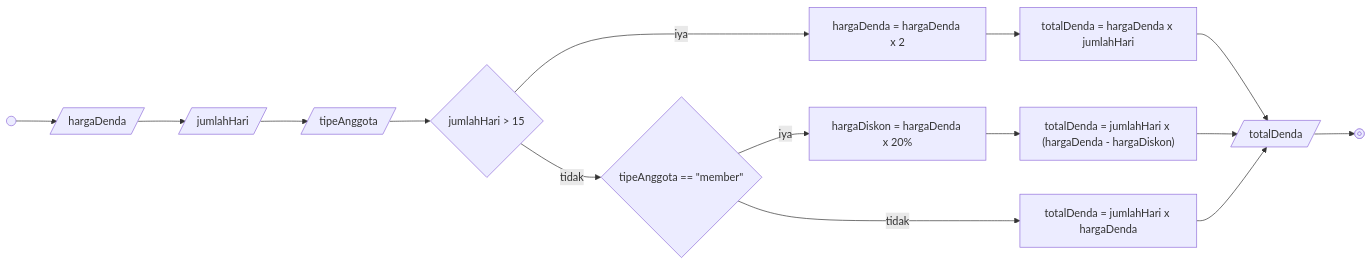
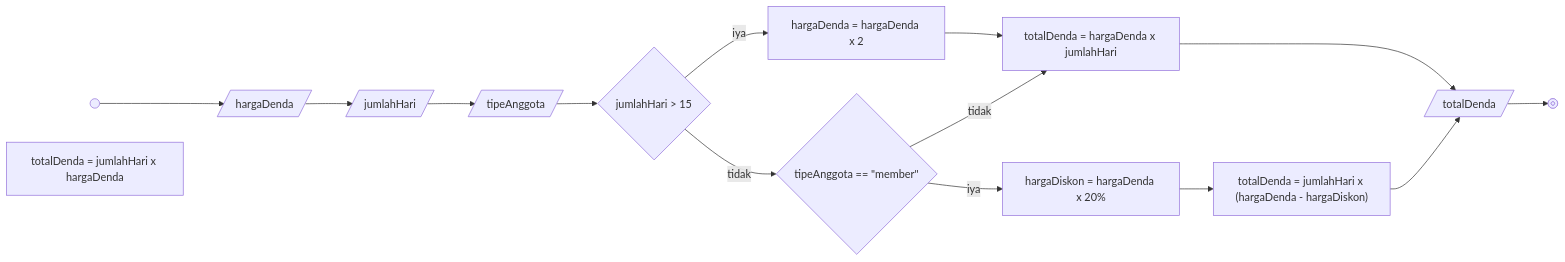
One commit to rizqyazhar/koda-b10-algo-impl changed the diagram in README.md. Above: the diagram before and after it, drawn with Mermaid.

````diff
--- a/README.md
+++ b/README.md
@@ -24,22 +24,22 @@
 ```mermaid
 flowchart LR
   A@{shape: start, label: "Start"}
   B@{shape: stop, label: "End"}
   C@{shape: diam, label: "jumlahHari > 15"}
   D@{shape: diam, label: "tipeAnggota == #quot;member#quot;"}
   E@{shape: lean-r, label: "hargaDenda"}
   F@{shape: lean-r, label: "jumlahHari"}
   G@{shape: lean-r, label: "tipeAnggota"}
   H@{shape: lean-r, label: "totalDenda"}
   I@{shape: rect, label: "hargaDenda = hargaDenda x 2"}
   J@{shape: rect, label: "totalDenda = hargaDenda x jumlahHari"}
   K@{shape: rect, label: "hargaDiskon = hargaDenda x 20%"}
   L@{shape: rect, label: "totalDenda = jumlahHari x (hargaDenda - hargaDiskon)"}
   M@{shape: rect, label: "totalDenda = jumlahHari x hargaDenda"}
 
   A --> E --> F --> G --> C --iya--> I --> J 
   C --tidak--> D --iya--> K --> L
-  D --tidak--> M 
+  D --tidak--> J 
 
-  J & L & M --> H --> B
+  J & L  --> H --> B
 ```
````
